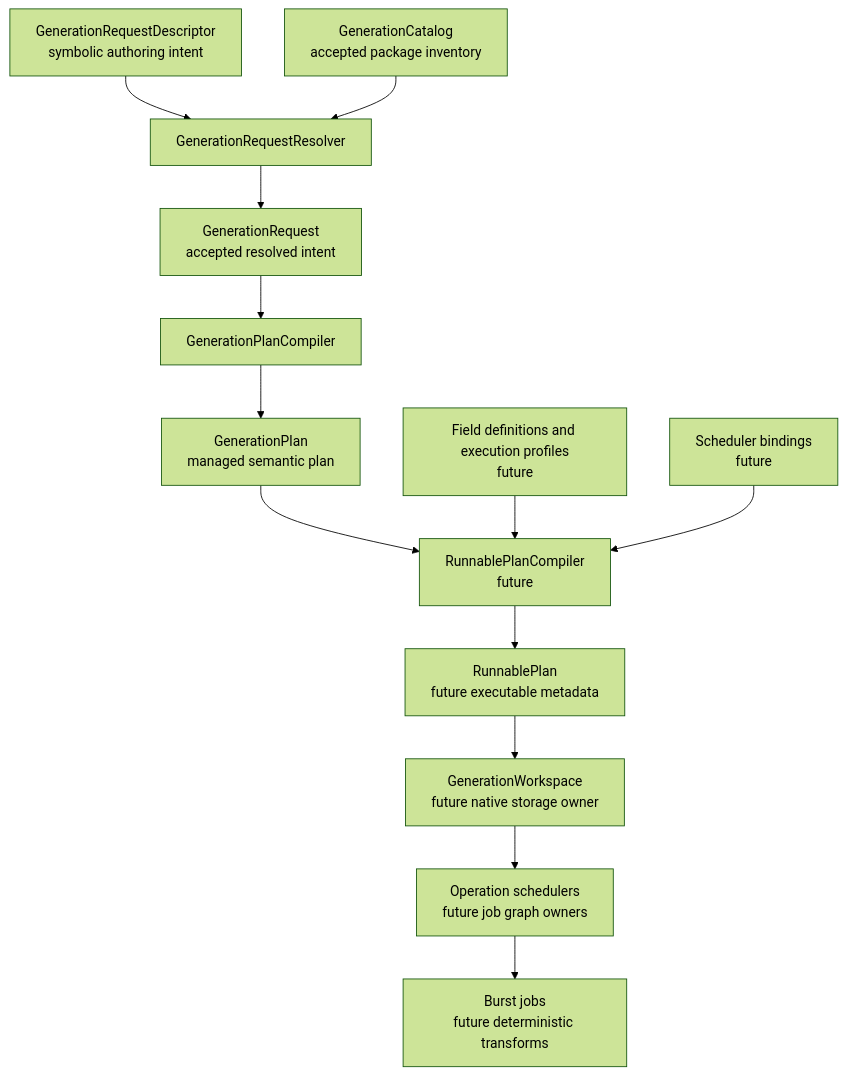
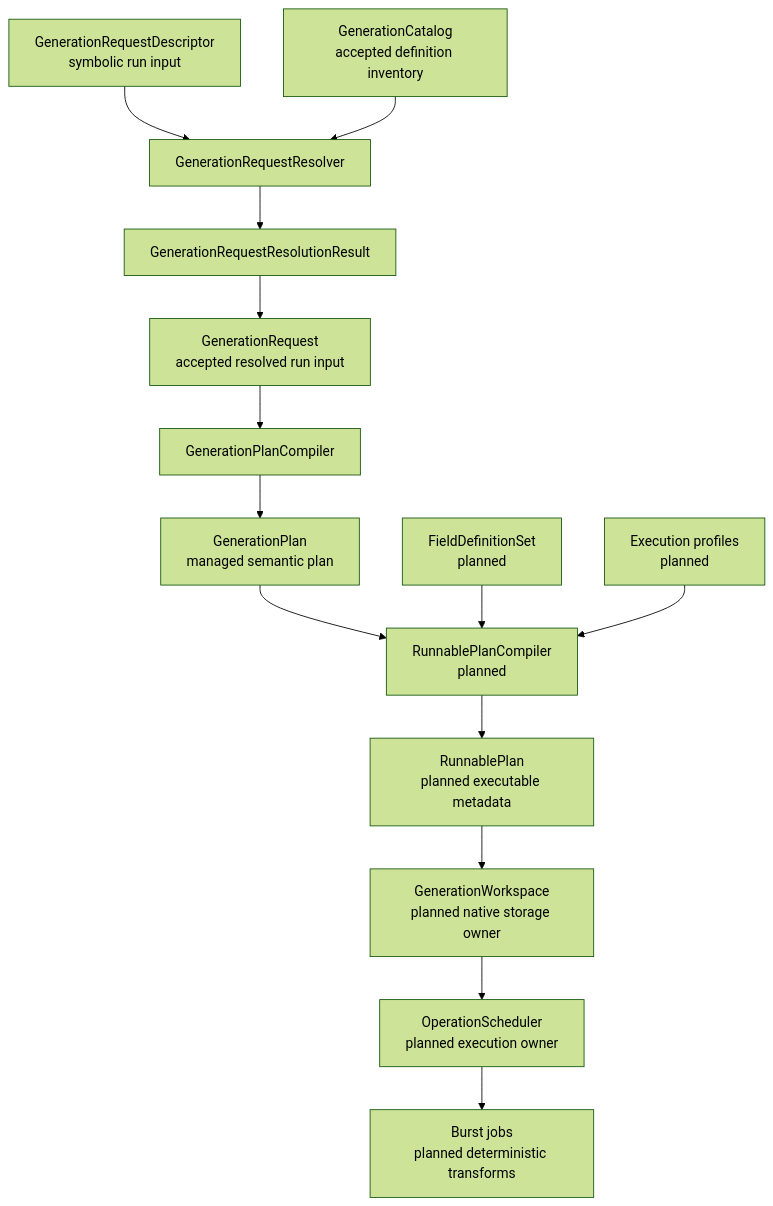
The diagram in Packages/com.lokrain.atlas/Documentation/Architecture/README.md (lokrain/atlas), drawn with Mermaid (forest theme) before and after one commit. The commit also changed other lines of this file and 107 other files, not shown here.

`````diff
--- a/Packages/com.lokrain.atlas/Documentation/Architecture/README.md
+++ b/Packages/com.lokrain.atlas/Documentation/Architecture/README.md
@@ -11,18 +61,19 @@
 ```mermaid
 flowchart TD
-    A[GenerationRequestDescriptor<br/>symbolic authoring intent] --> B[GenerationRequestResolver]
-    C[GenerationCatalog<br/>accepted package inventory] --> B
+    A[GenerationRequestDescriptor<br/>symbolic run input] --> B[GenerationRequestResolver]
+    C[GenerationCatalog<br/>accepted definition inventory] --> B
 
-    B --> D[GenerationRequest<br/>accepted resolved intent]
-    D --> E[GenerationPlanCompiler]
-    E --> F[GenerationPlan<br/>managed semantic plan]
+    B --> D[GenerationRequestResolutionResult]
+    D --> E[GenerationRequest<br/>accepted resolved run input]
+    E --> F[GenerationPlanCompiler]
+    F --> G[GenerationPlan<br/>managed semantic plan]
 
-    F --> G[RunnablePlanCompiler<br/>future]
-    H[Field definitions and execution profiles<br/>future] --> G
-    I[Scheduler bindings<br/>future] --> G
+    G --> H[RunnablePlanCompiler<br/>planned]
+    I[FieldDefinitionSet<br/>planned] --> H
+    J[Execution profiles<br/>planned] --> H
 
-    G --> J[RunnablePlan<br/>future executable metadata]
-    J --> K[GenerationWorkspace<br/>future native storage owner]
-    K --> L[Operation schedulers<br/>future job graph owners]
-    L --> M[Burst jobs<br/>future deterministic transforms]
-````
+    H --> K[RunnablePlan<br/>planned executable metadata]
+    K --> L[GenerationWorkspace<br/>planned native storage owner]
+    L --> M[OperationScheduler<br/>planned execution owner]
+    M --> N[Burst jobs<br/>planned deterministic transforms]
+```
`````
